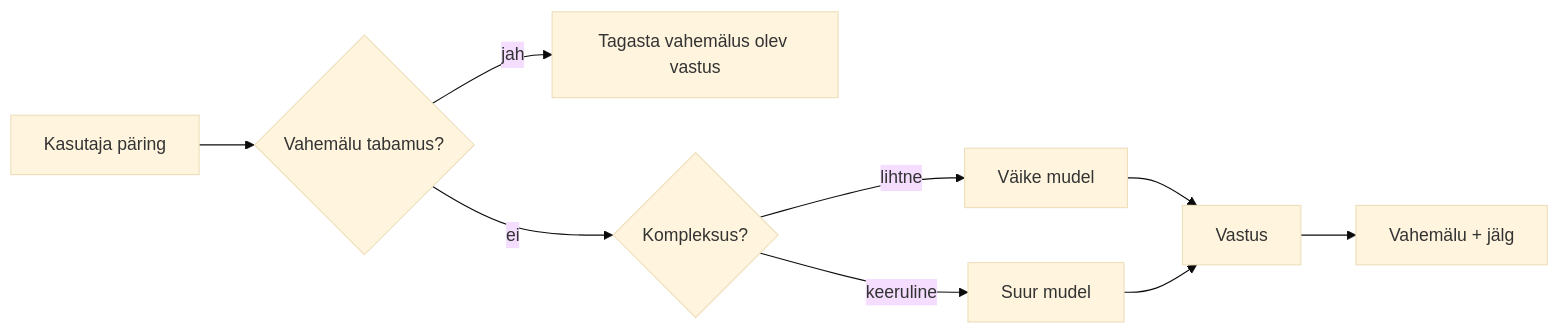
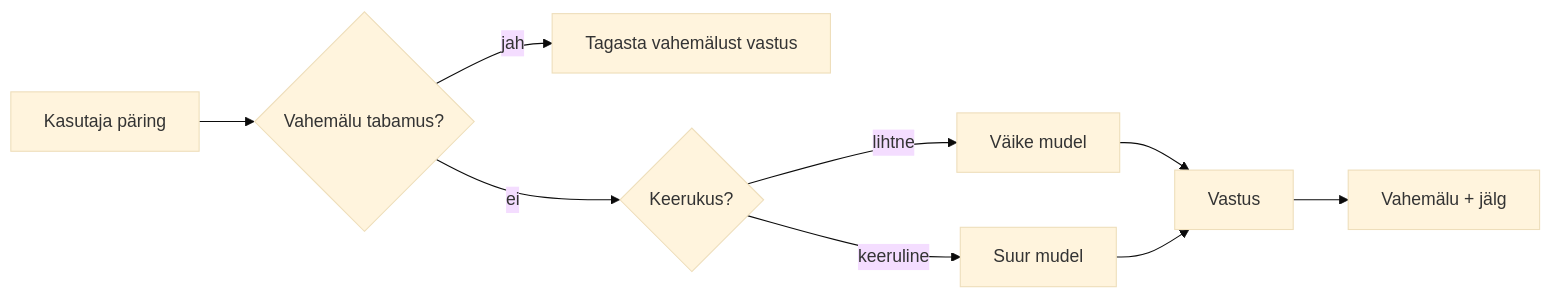
The third of 4 diagrams in mirrors/repos/microsoft@ai-agents-for-beginners/translations/et/16-deploying-scalable-agents/README.md (gabrielmoreira/agent-skills-mirror), drawn with Mermaid (base theme) before and after one commit. The commit also changed other lines of this file and 4262 other files, not shown here.

````diff
--- a/mirrors/repos/microsoft@ai-agents-for-beginners/translations/et/16-deploying-scalable-agents/README.md
+++ b/mirrors/repos/microsoft@ai-agents-for-beginners/translations/et/16-deploying-scalable-agents/README.md
@@ -134,11 +134,11 @@
 ```mermaid
 flowchart LR
     Q[Kasutaja päring] --> C{Vahemälu tabamus?}
-    C -->|jah| R[Tagasta vahemälus olev vastus]
-    C -->|ei| Router{Kompleksus?}
+    C -->|jah| R[Tagasta vahemälust vastus]
+    C -->|ei| Router{Keerukus?}
     Router -->|lihtne| SLM[Väike mudel]
     Router -->|keeruline| LLM[Suur mudel]
     SLM --> Out[Vastus]
     LLM --> Out
     Out --> Store[Vahemälu + jälg]
 ```
````
